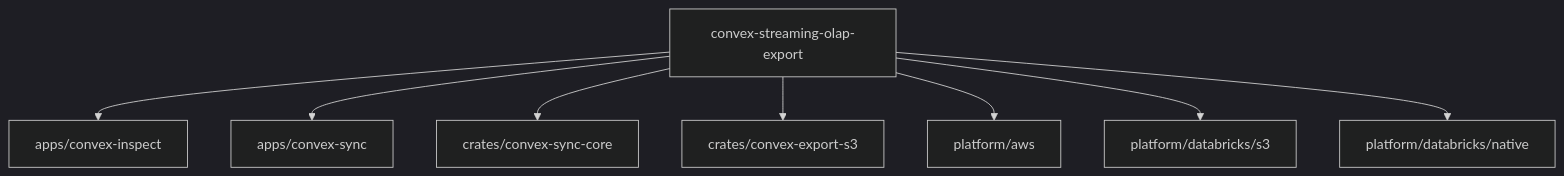
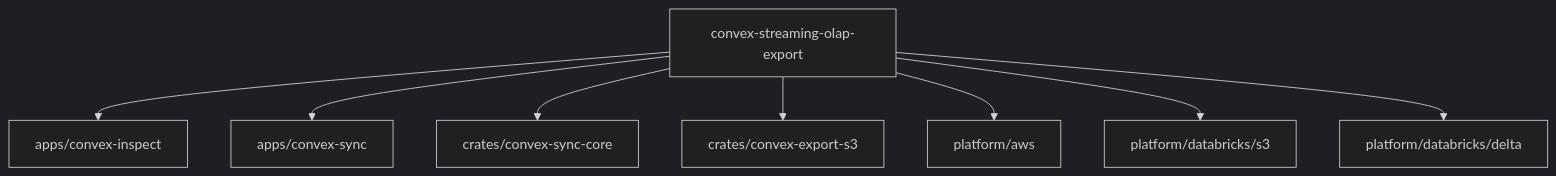
One commit to shpitdev/convex-streaming-olap-export changed the first of 2 diagrams in README.md. Above: the diagram before and after it, drawn with Mermaid (dark theme). The commit also changed other lines of this file and 20 other files, not shown here.

First line of the commit message:
feat: bundle databricks delta workflow (#19)

````diff
--- a/README.md
+++ b/README.md
@@ -23,18 +23,18 @@
 ```mermaid
 flowchart TD
   Root[convex-streaming-olap-export]
   Inspect[apps/convex-inspect]
   CLI[apps/convex-sync]
   Core[crates/convex-sync-core]
   S3[crates/convex-export-s3]
   AWS[platform/aws]
   DBS3[platform/databricks/s3]
-  DBN[platform/databricks/native]
+  DBN[platform/databricks/delta]
   Root --> Inspect
   Root --> CLI
   Root --> Core
   Root --> S3
   Root --> AWS
   Root --> DBS3
   Root --> DBN
 ```
````
